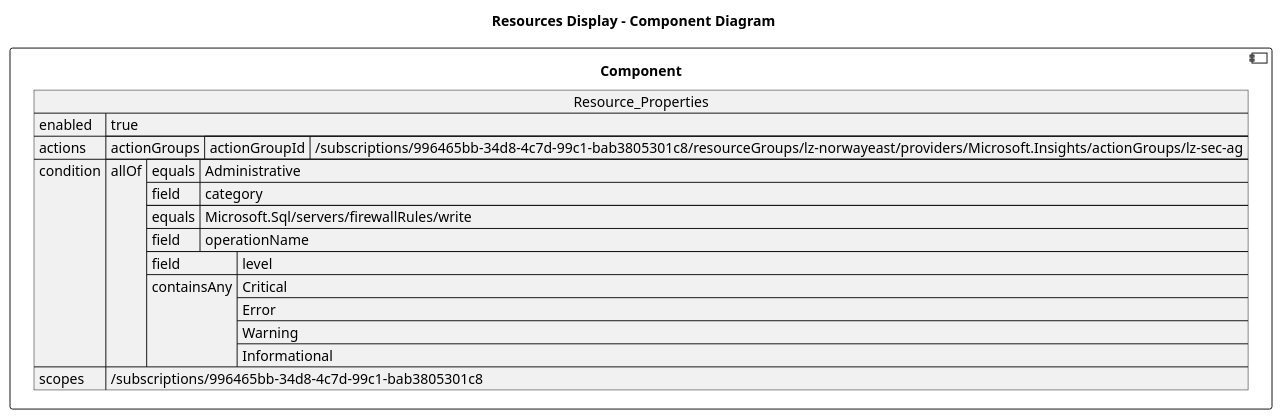
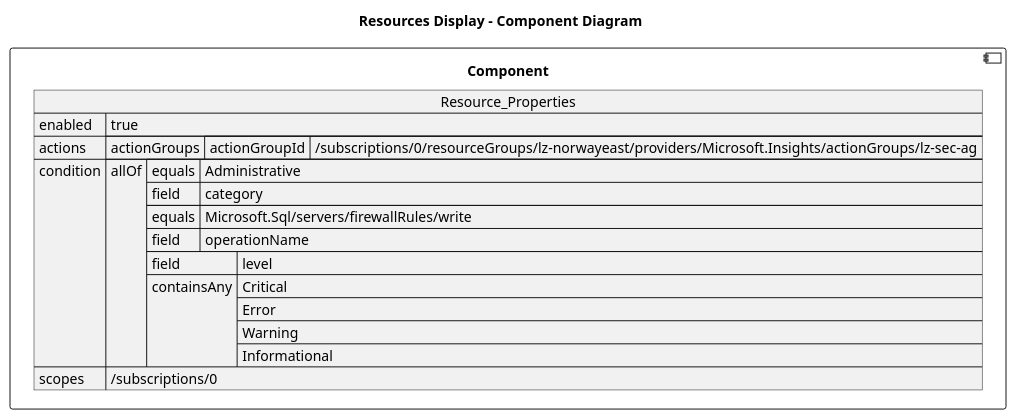
One commit to DanielAmpong/Test-Azure-architecture-diagram changed the diagram in architectureDesign/PUML/lz-norwayeast_Resources/lz-sql-fw-write-alert.puml. Above: the diagram before and after it, drawn with PlantUML. The commit also changed 321 other files, not shown here.

```diff
--- a/architectureDesign/PUML/lz-norwayeast_Resources/lz-sql-fw-write-alert.puml
+++ b/architectureDesign/PUML/lz-norwayeast_Resources/lz-sql-fw-write-alert.puml
@@ -1,42 +1,42 @@
 @startuml
 
 title Resources Display - Component Diagram
 
 component Component {
 
 json  Resource_Properties {
   "enabled": true,
   "actions": {
     "actionGroups": [
       {
-        "actionGroupId": "/subscriptions/996465bb-34d8-4c7d-99c1-bab3805301c8/resourceGroups/lz-norwayeast/providers/Microsoft.Insights/actionGroups/lz-sec-ag"
+        "actionGroupId": "/subscriptions/0/resourceGroups/lz-norwayeast/providers/Microsoft.Insights/actionGroups/lz-sec-ag"
       }
     ]
   },
   "condition": {
     "allOf": [
       {
         "equals": "Administrative",
         "field": "category"
       },
       {
         "equals": "Microsoft.Sql/servers/firewallRules/write",
         "field": "operationName"
       },
       {
         "field": "level",
         "containsAny": [
           "Critical",
           "Error",
           "Warning",
           "Informational"
         ]
       }
     ]
   },
   "scopes": [
-    "/subscriptions/996465bb-34d8-4c7d-99c1-bab3805301c8"
+    "/subscriptions/0"
   ]
 }
 }
 @enduml
```
